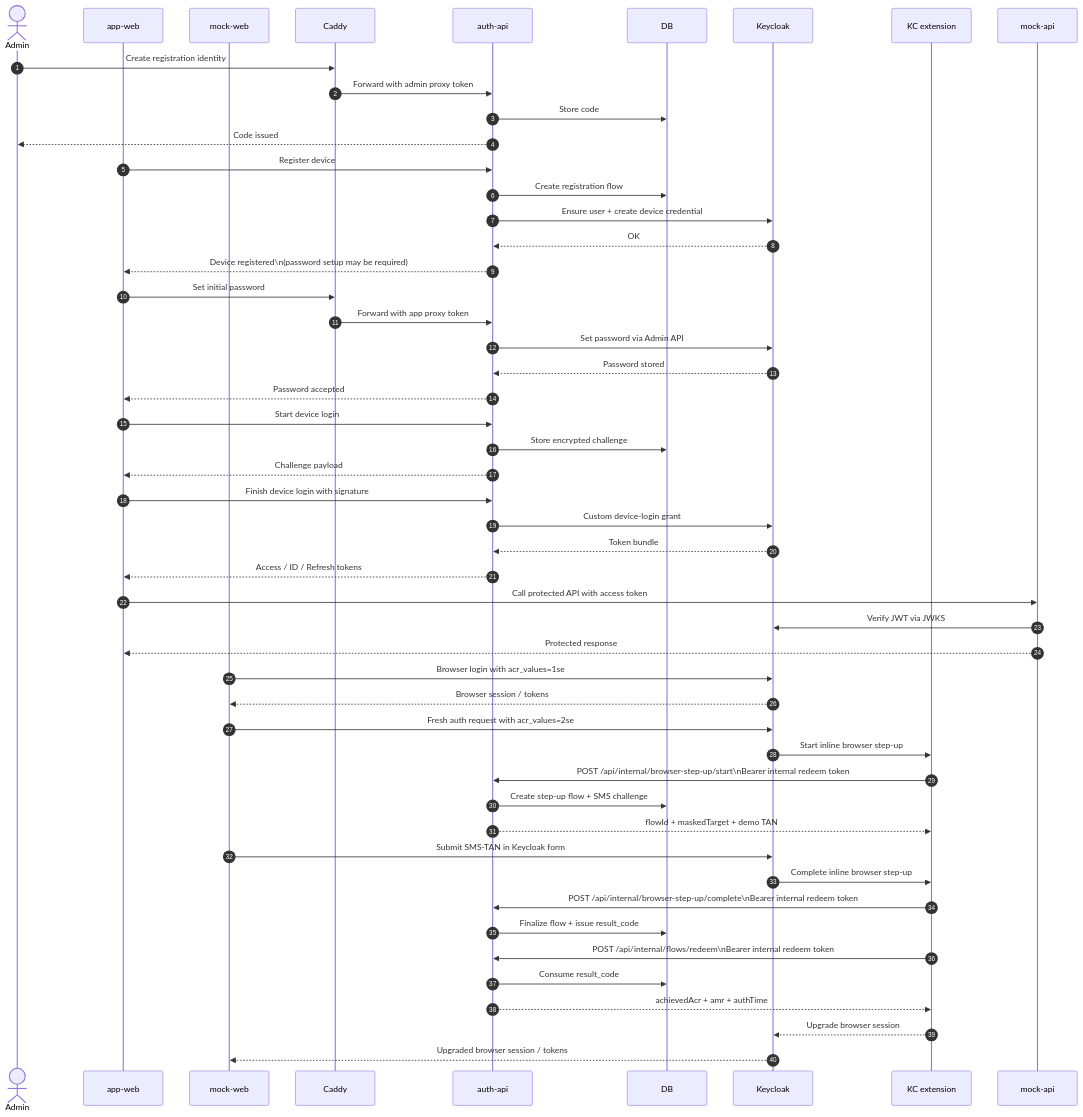
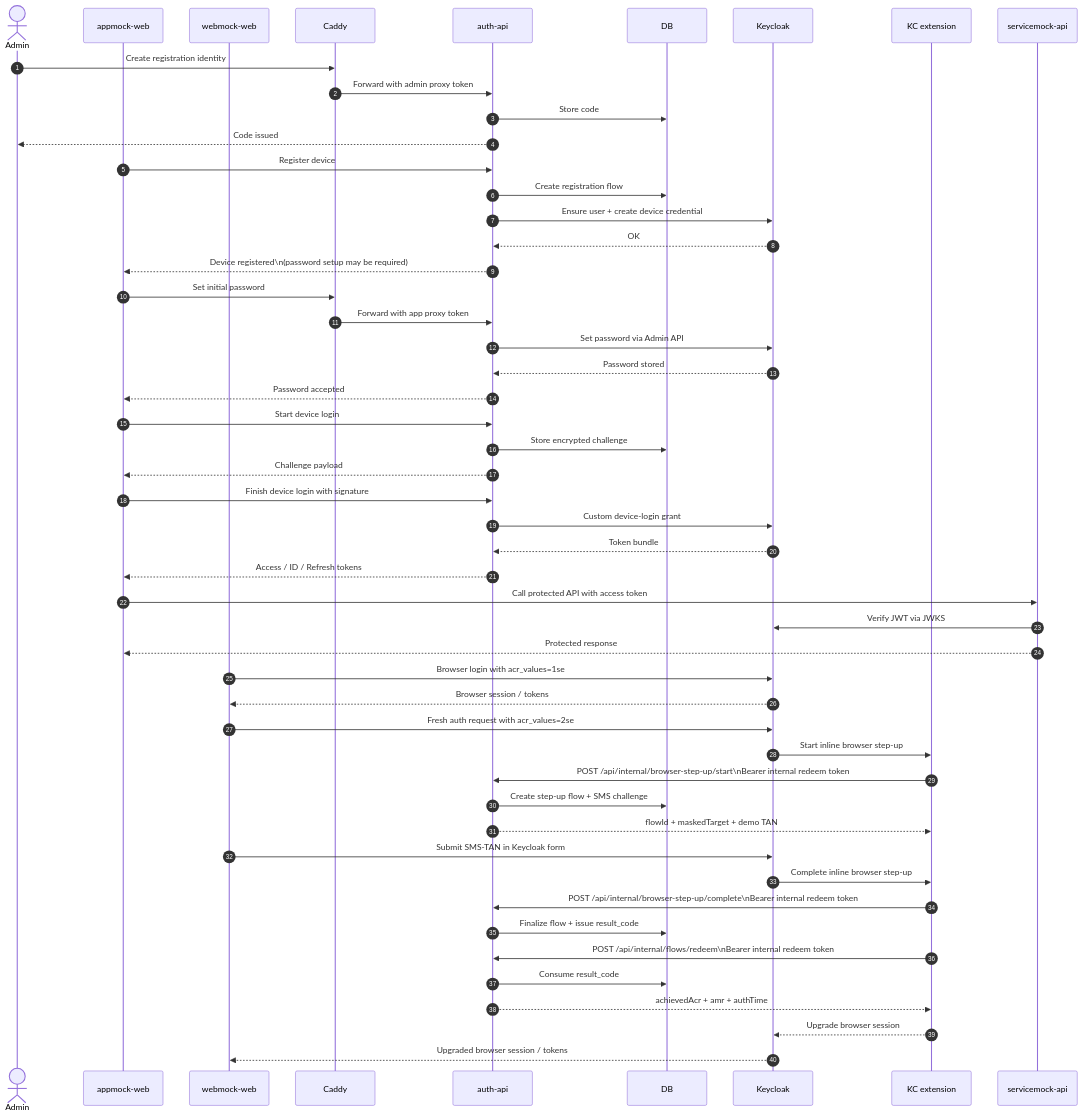
One commit to rpreissel/auth-sandbox-2 changed the first of 2 diagrams in README.md. Above: the diagram before and after it, drawn with Mermaid. The commit also changed other lines of this file and 42 other files, not shown here.

````diff
--- a/README.md
+++ b/README.md
@@ -64,61 +64,61 @@
 ```mermaid
 sequenceDiagram
   autonumber
   actor Admin
-  participant Device as app-web
-  participant Browser as mock-web
+  participant Device as appmock-web
+  participant Browser as webmock-web
   participant Caddy
   participant Auth as auth-api
   participant DB
   participant KC as Keycloak
   participant Ext as KC extension
-  participant Mock as mock-api
+  participant Mock as servicemock-api
 
   Admin->>Caddy: Create registration identity
   Caddy->>Auth: Forward with admin proxy token
   Auth->>DB: Store code
   Auth-->>Admin: Code issued
 
   Device->>Auth: Register device
   Auth->>DB: Create registration flow
   Auth->>KC: Ensure user + create device credential
   KC-->>Auth: OK
   Auth-->>Device: Device registered\n(password setup may be required)
 
   Device->>Caddy: Set initial password
   Caddy->>Auth: Forward with app proxy token
   Auth->>KC: Set password via Admin API
   KC-->>Auth: Password stored
   Auth-->>Device: Password accepted
 
   Device->>Auth: Start device login
   Auth->>DB: Store encrypted challenge
   Auth-->>Device: Challenge payload
 
   Device->>Auth: Finish device login with signature
   Auth->>KC: Custom device-login grant
   KC-->>Auth: Token bundle
   Auth-->>Device: Access / ID / Refresh tokens
 
   Device->>Mock: Call protected API with access token
   Mock->>KC: Verify JWT via JWKS
   Mock-->>Device: Protected response
 
   Browser->>KC: Browser login with acr_values=1se
   KC-->>Browser: Browser session / tokens
 
   Browser->>KC: Fresh auth request with acr_values=2se
   KC->>Ext: Start inline browser step-up
   Ext->>Auth: POST /api/internal/browser-step-up/start\nBearer internal redeem token
   Auth->>DB: Create step-up flow + SMS challenge
   Auth-->>Ext: flowId + maskedTarget + demo TAN
   Browser->>KC: Submit SMS-TAN in Keycloak form
   KC->>Ext: Complete inline browser step-up
   Ext->>Auth: POST /api/internal/browser-step-up/complete\nBearer internal redeem token
   Auth->>DB: Finalize flow + issue result_code
   Ext->>Auth: POST /api/internal/flows/redeem\nBearer internal redeem token
   Auth->>DB: Consume result_code
   Auth-->>Ext: achievedAcr + amr + authTime
   Ext-->>KC: Upgrade browser session
   KC-->>Browser: Upgraded browser session / tokens
 ```
````
